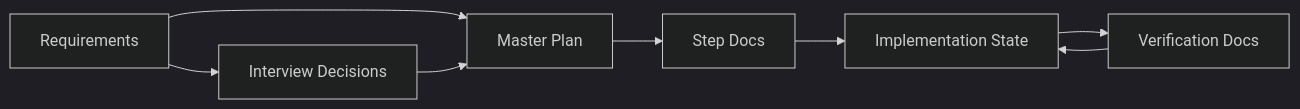
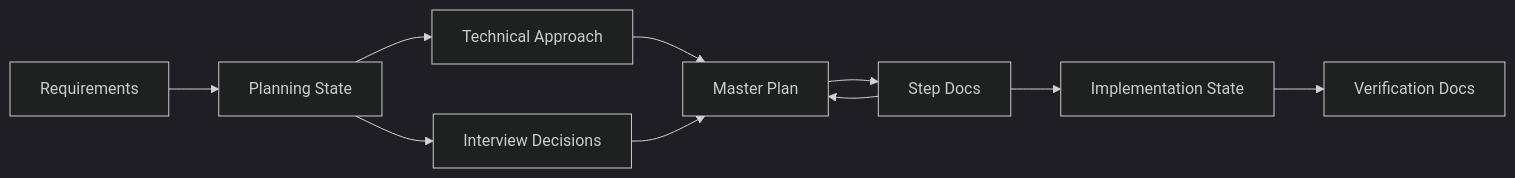
The second of 2 diagrams in README.md (Tedeeeee/harness), drawn with Mermaid (dark theme) before and after one commit. The commit also changed other lines of this file and 25 other files, not shown here.

````diff
--- a/README.md
+++ b/README.md
@@ -202,10 +219,12 @@
 ```mermaid
 flowchart LR
-    A["Requirements"] --> B["Interview Decisions"]
-    A --> C["Master Plan"]
-    B --> C
-    C --> D["Step Docs"]
-    D --> E["Implementation State"]
-    E --> F["Verification Docs"]
+    A["Requirements"] --> B["Planning State"]
+    B --> C["Technical Approach"]
+    B --> D["Interview Decisions"]
+    C --> E["Master Plan"]
+    D --> E
+    E --> F["Step Docs"]
+    F --> G["Implementation State"]
+    G --> H["Verification Docs"]
     F --> E
 ```
````
